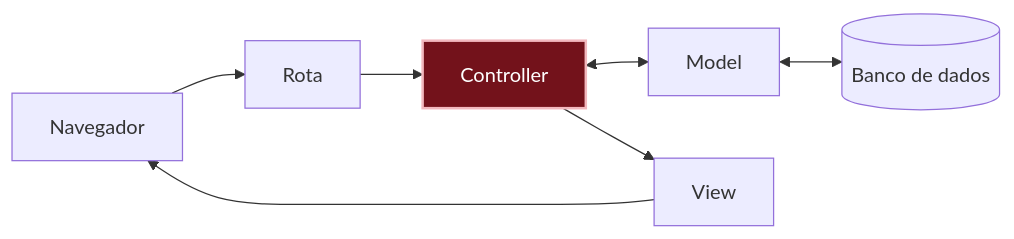
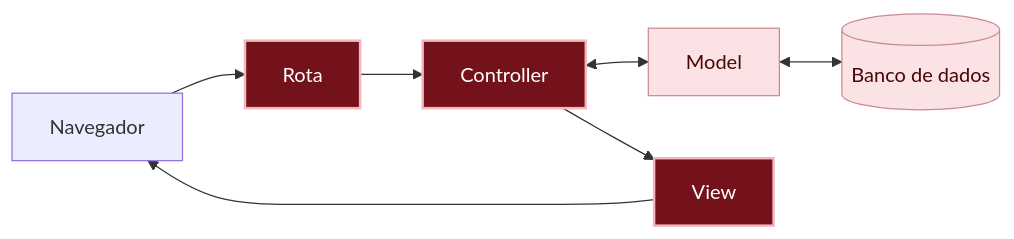
One commit to RailsGirls-SP/guia-railsgirls-sp changed the diagram in projetos/mural-de-recados/04-postar-um-recado/o-que-aconteceu.md. Above: the diagram before and after it, drawn with Mermaid. The commit also changed other lines of this file and 35 other files, not shown here.

````diff
--- a/projetos/mural-de-recados/04-postar-um-recado/o-que-aconteceu.md
+++ b/projetos/mural-de-recados/04-postar-um-recado/o-que-aconteceu.md
@@ -17,10 +20,12 @@
 ```mermaid
 flowchart LR
   Navegador --> Rota --> Controller
   Controller <--> Model
   Model <--> Banco[(Banco de dados)]
   Controller --> View --> Navegador
 
   classDef aqui fill:#73121b,stroke:#f2b8be,stroke-width:2px,color:#fff
-  class Controller aqui
+  classDef visto fill:#fbe3e5,stroke:#c98b91,color:#490606
+  class Rota,Controller,View aqui
+  class Model,Banco visto
 ```
````
